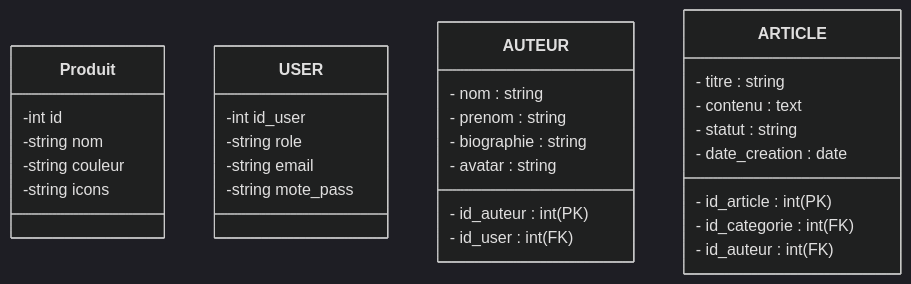
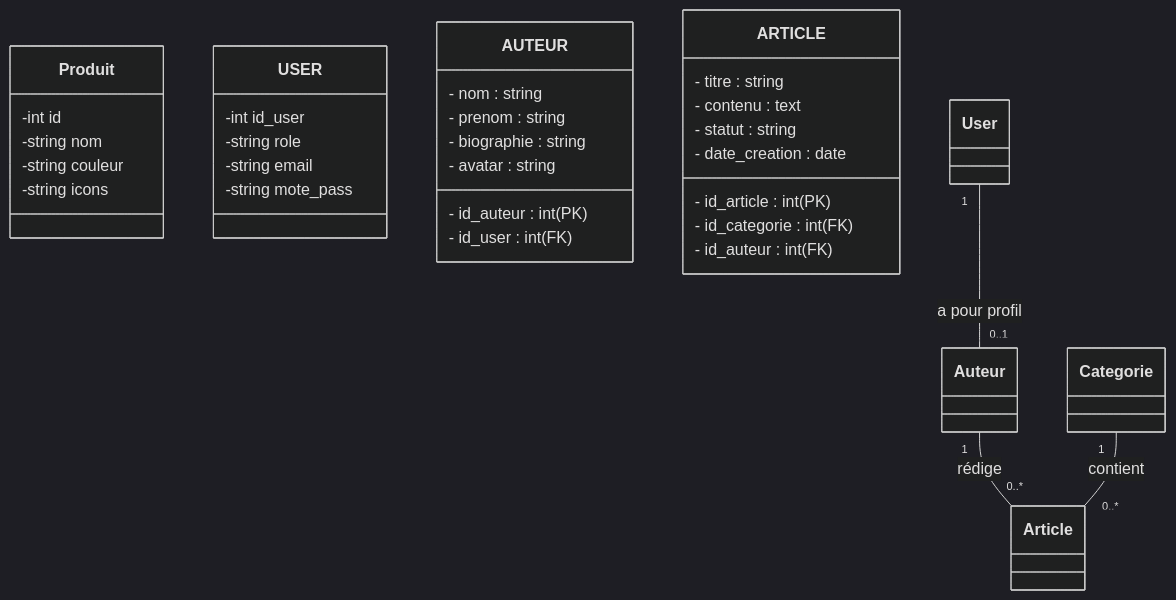
Before and after one commit to mesbahimohammedyassirsolicode-star/mobile-tutos: the diagram in Modéliser les objets de la fonctionnalité/conception/classes.mmd, drawn with Mermaid (dark theme).

Commit message:
add les relation

```diff
--- a/Modéliser les objets de la fonctionnalité/conception/classes.mmd
+++ b/Modéliser les objets de la fonctionnalité/conception/classes.mmd
@@ -1,30 +1,33 @@
 classDiagram
     class Produit{
         -int id
         -string nom
         -string  couleur
         -string icons
     }
      class USER{
         -int id_user
         -string role
         -string  email
         -string mote_pass
     }
      class AUTEUR{
         - id_auteur : int (PK)
         - id_user : int (FK)
         - nom : string
         - prenom : string
         - biographie : string
         - avatar : string
     }
      class ARTICLE{
         - id_article : int (PK)
         - id_categorie : int (FK)
         - id_auteur : int (FK)
         - titre : string
         - contenu : text
         - statut : string
         - date_creation : date
 }
+ User "1" -- "0..1" Auteur : a pour profil
+    Auteur "1" -- "0..*" Article : rédige
+    Categorie "1" -- "0..*" Article : contient
```
